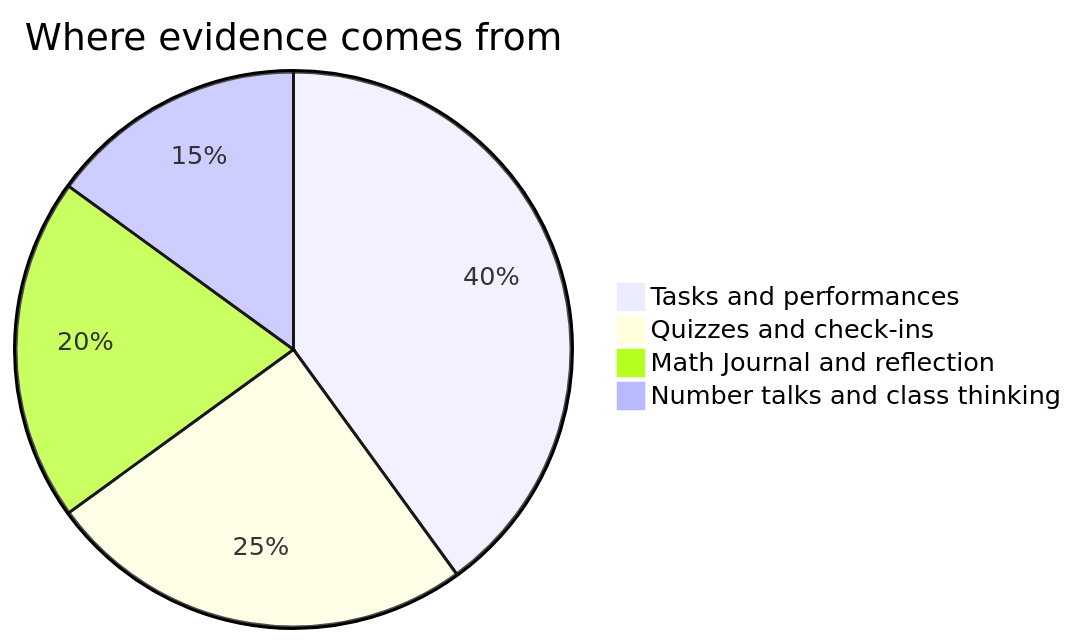
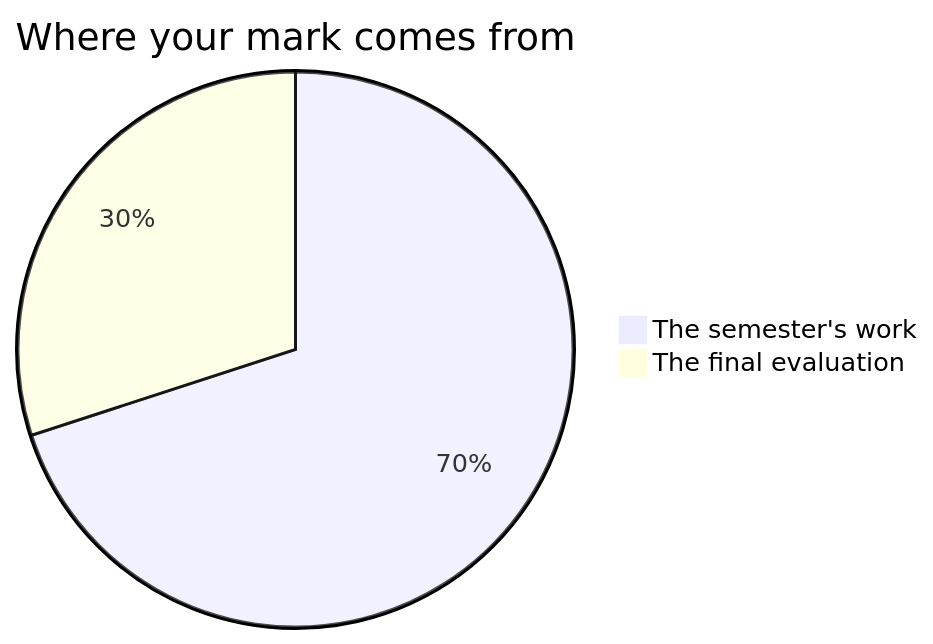
Before and after one commit to russellgordon/containerized-quartz-for-teachers: the diagram in support/example_content/MPM2D/shared/Setup/How Marks Work.md, drawn with Mermaid. The commit also changed other lines of this file and 38 other files, not shown here.

````diff
--- a/support/example_content/MPM2D/shared/Setup/How Marks Work.md
+++ b/support/example_content/MPM2D/shared/Setup/How Marks Work.md
@@ -15,7 +23,5 @@
 ```mermaid
-pie title Where evidence comes from
-    "Tasks and performances" : 40
-    "Quizzes and check-ins" : 25
-    "Math Journal and reflection" : 20
-    "Number talks and class thinking" : 15
+pie title Where your mark comes from
+    "The semester's work" : 70
+    "The final evaluation" : 30
 ```
````
